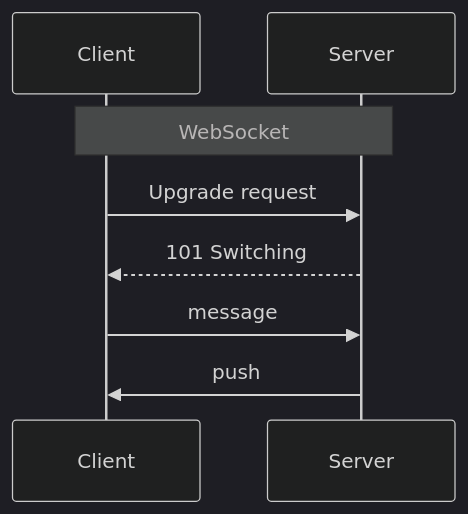
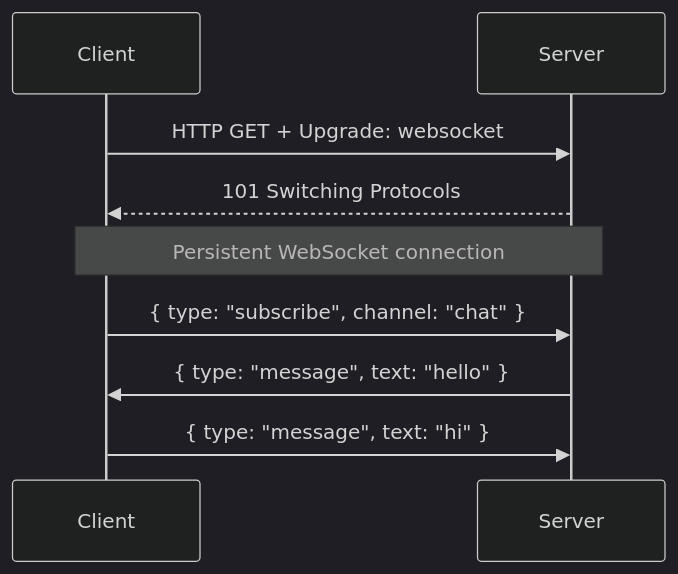
Diagram 23 of 23 in 01-networking/README.md (hareramcse/SystemDesign), drawn with Mermaid (dark theme) before and after one commit. The commit also changed other lines of this file and 8 other files, not shown here.

````diff
--- a/01-networking/README.md
+++ b/01-networking/README.md
@@ -1264,10 +1327,11 @@
 ```mermaid
 sequenceDiagram
     participant Client
     participant Server
-    Note over Client,Server: WebSocket
-    Client->>Server: Upgrade request
-    Server-->>Client: 101 Switching
-    Client->>Server: message
-    Server->>Client: push
+    Client->>Server: HTTP GET + Upgrade: websocket
+    Server-->>Client: 101 Switching Protocols
+    Note over Client,Server: Persistent WebSocket connection
+    Client->>Server: { type: "subscribe", channel: "chat" }
+    Server->>Client: { type: "message", text: "hello" }
+    Client->>Server: { type: "message", text: "hi" }
 ```
````
